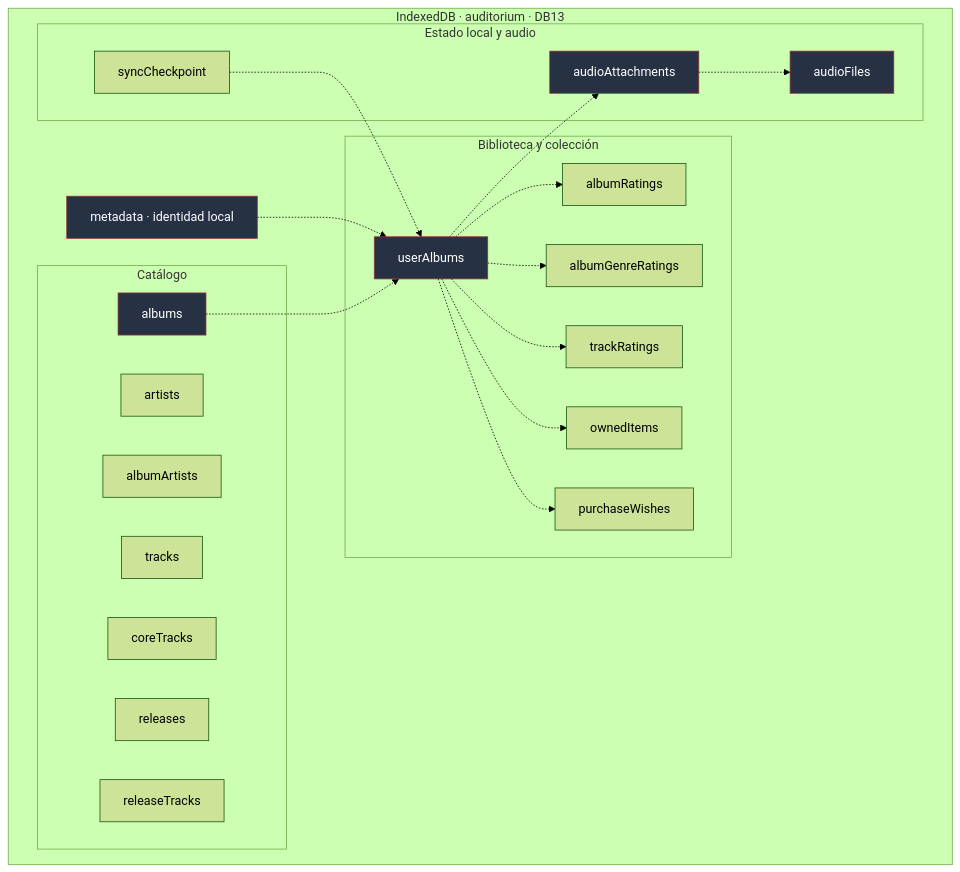
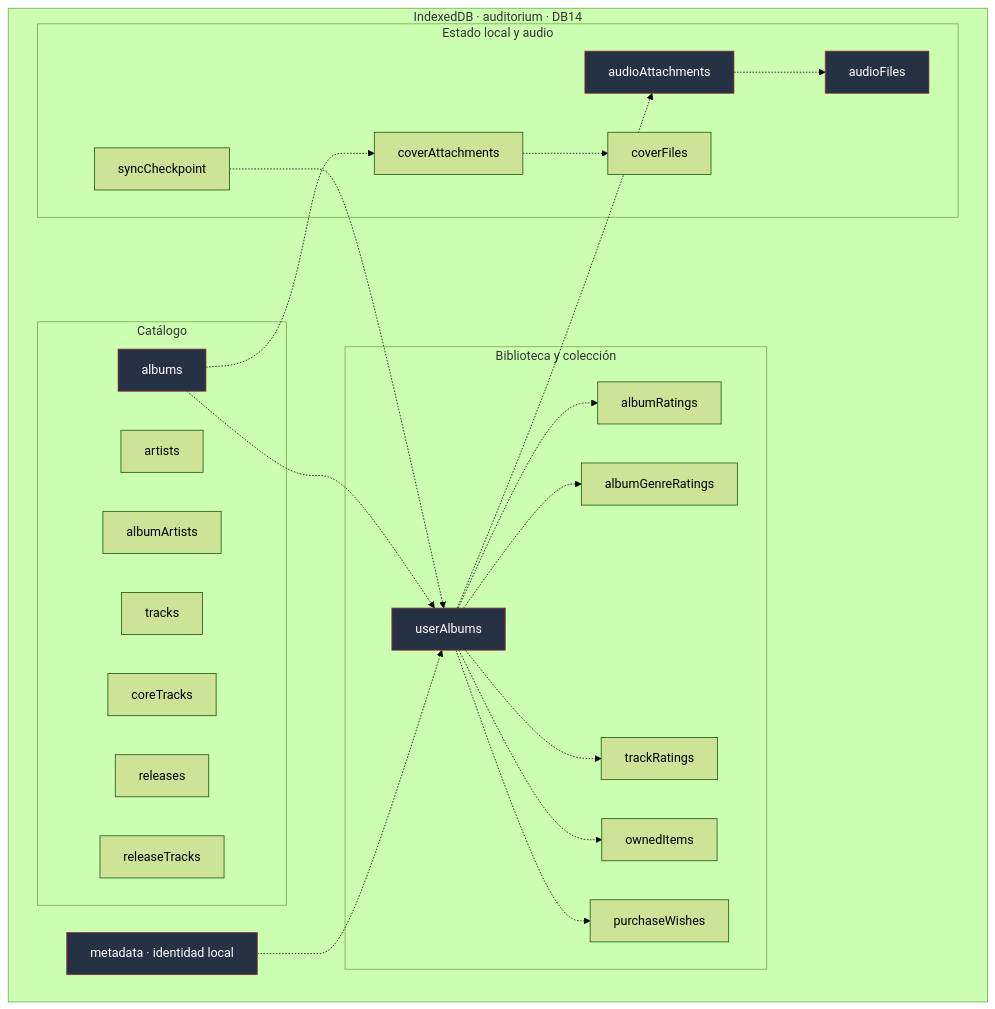
The first of 2 diagrams in docs/tecnica/03-datos-y-persistencia.md (NicoCG32/Auditorium), drawn with Mermaid (forest theme) before and after one commit. The commit also changed other lines of this file and 55 other files, not shown here.

````diff
--- a/docs/tecnica/03-datos-y-persistencia.md
+++ b/docs/tecnica/03-datos-y-persistencia.md
@@ -11,35 +11,39 @@
 ```mermaid
 flowchart TB
-  subgraph DB["IndexedDB · auditorium · DB13"]
+  subgraph DB["IndexedDB · auditorium · DB14"]
     ID["metadata · identidad local"]
     subgraph CAT["Catálogo"]
       A[artists]
       B[albums]
       AA[albumArtists]
       T[tracks]
       CT[coreTracks]
       R[releases]
       RT[releaseTracks]
     end
     subgraph PERSONAL["Biblioteca y colección"]
       UA[userAlbums]
       AR[albumRatings]
       AGR[albumGenreRatings]
       TR[trackRatings]
       O[ownedItems]
       W[purchaseWishes]
     end
     subgraph TRANS["Estado local y audio"]
       S[syncCheckpoint]
       AT[audioAttachments]
       AF[audioFiles]
+      CA[coverAttachments]
+      CF[coverFiles]
     end
   end
   ID -.-> UA
   B -.-> UA
   UA -.-> AR & AGR & TR & O & W & AT
   AT -.-> AF
+  B -.-> CA
+  CA -.-> CF
   S -.-> UA
   classDef primary fill:#263244,color:#fff,stroke:#8d343a;
   class ID,B,UA,AT,AF primary;
 ```
````
